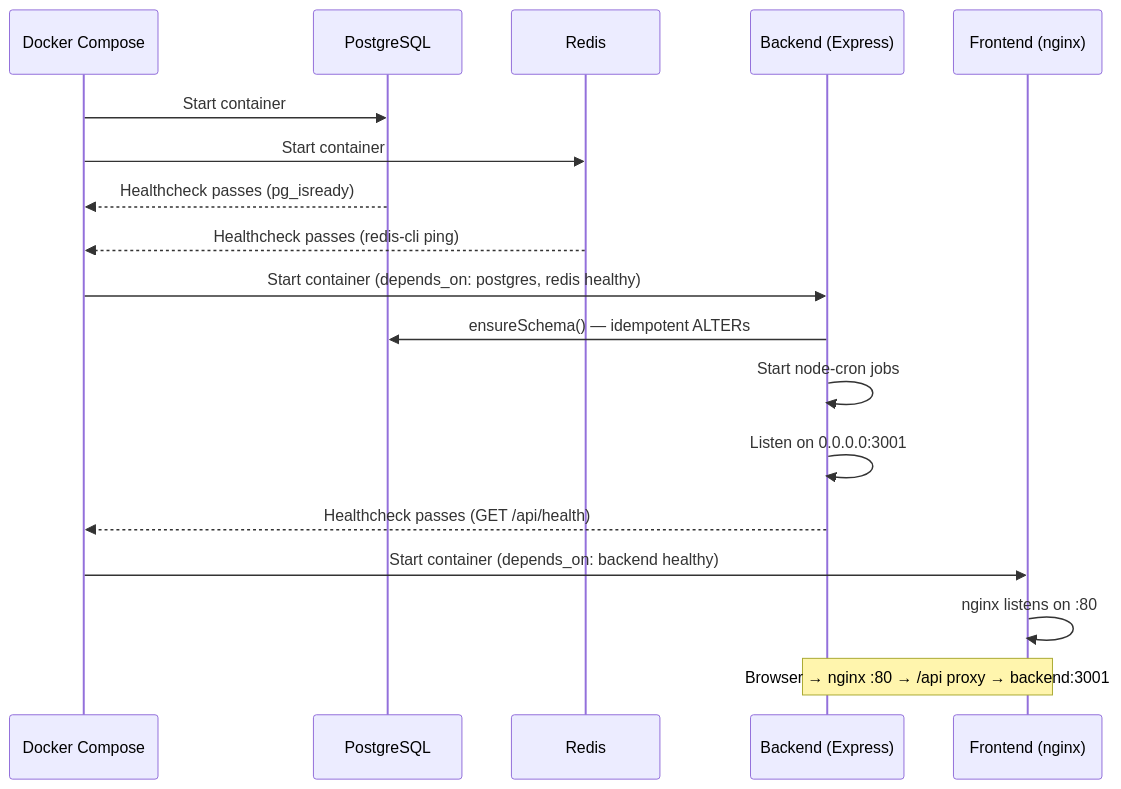
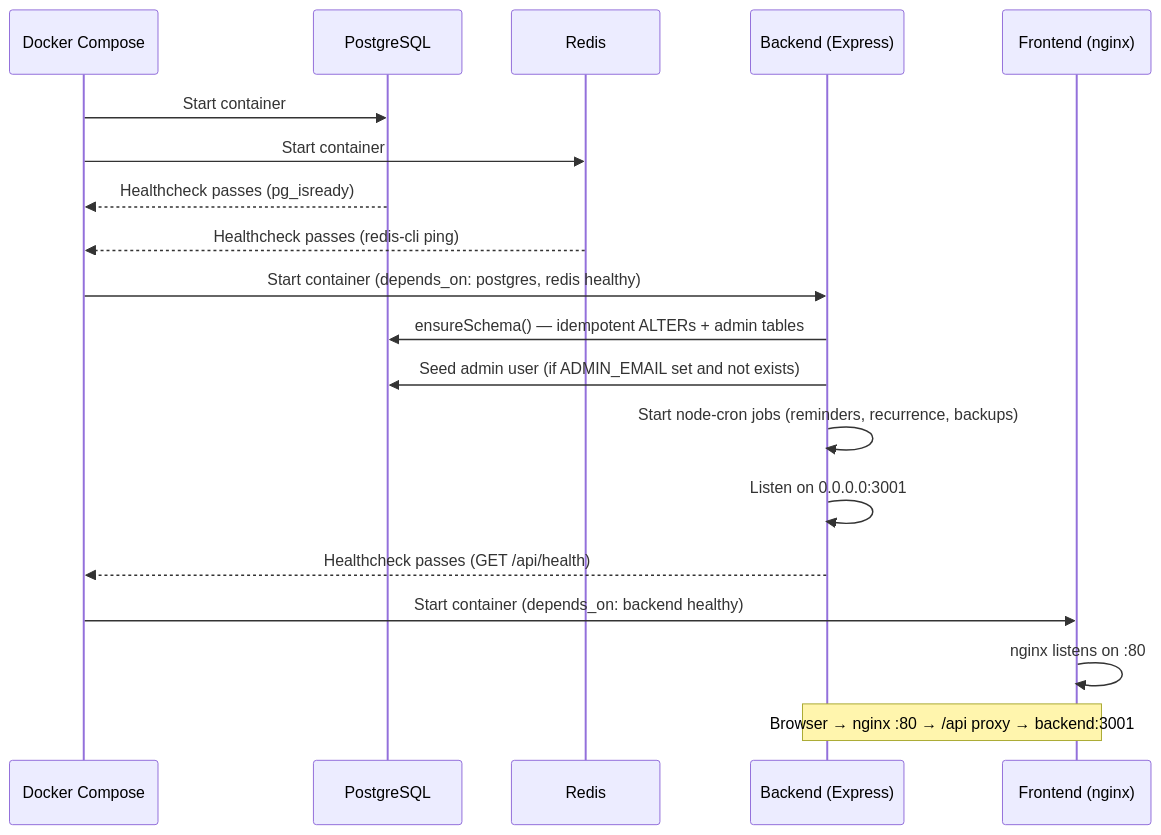
One commit to becomeonewiththecode/invoicing changed the second of 4 diagrams in docs/architecture.md. Above: the diagram before and after it, drawn with Mermaid. The commit also changed other lines of this file and 18 other files, not shown here.

````diff
--- a/docs/architecture.md
+++ b/docs/architecture.md
@@ -95,21 +114,22 @@
 ```mermaid
 sequenceDiagram
     participant DC as Docker Compose
     participant PG as PostgreSQL
     participant RD as Redis
     participant BE as Backend (Express)
     participant FE as Frontend (nginx)
 
     DC->>PG: Start container
     DC->>RD: Start container
     PG-->>DC: Healthcheck passes (pg_isready)
     RD-->>DC: Healthcheck passes (redis-cli ping)
     DC->>BE: Start container (depends_on: postgres, redis healthy)
-    BE->>PG: ensureSchema() — idempotent ALTERs
-    BE->>BE: Start node-cron jobs
+    BE->>PG: ensureSchema() — idempotent ALTERs + admin tables
+    BE->>PG: Seed admin user (if ADMIN_EMAIL set and not exists)
+    BE->>BE: Start node-cron jobs (reminders, recurrence, backups)
     BE->>BE: Listen on 0.0.0.0:3001
     BE-->>DC: Healthcheck passes (GET /api/health)
     DC->>FE: Start container (depends_on: backend healthy)
     FE->>FE: nginx listens on :80
     Note over FE,BE: Browser → nginx :80 → /api proxy → backend:3001
 ```
````
